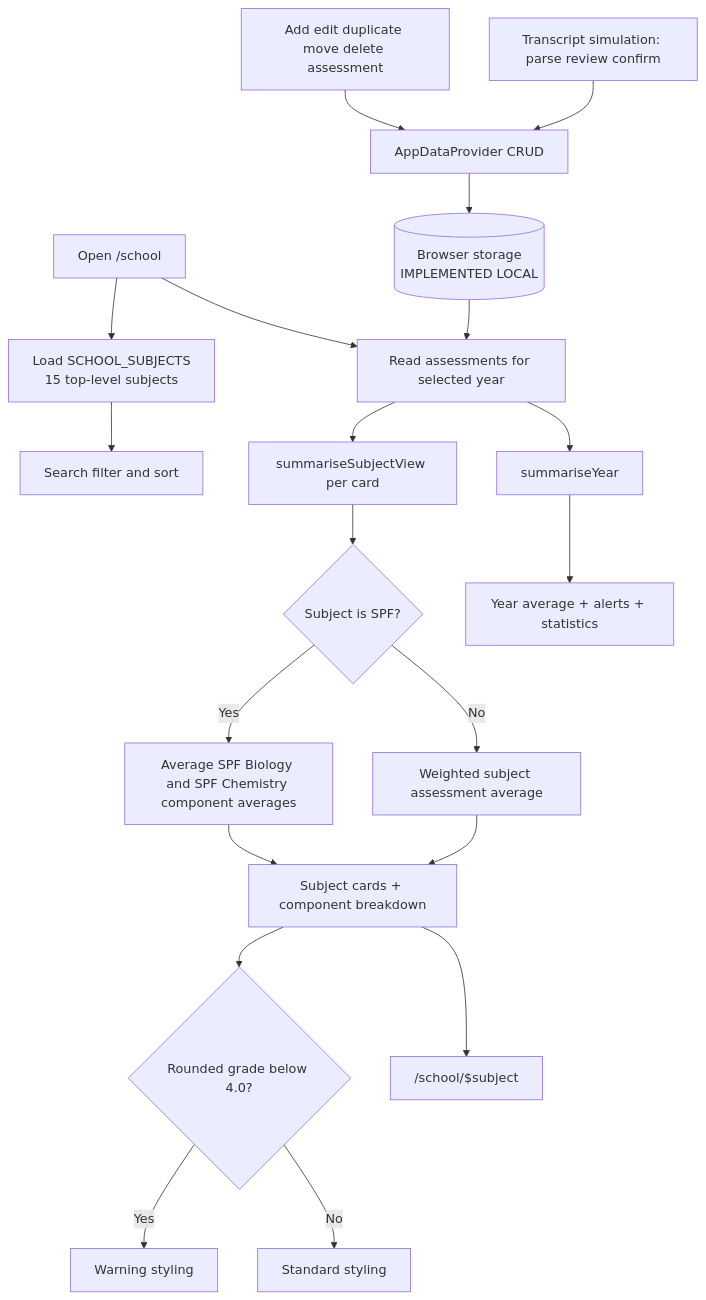
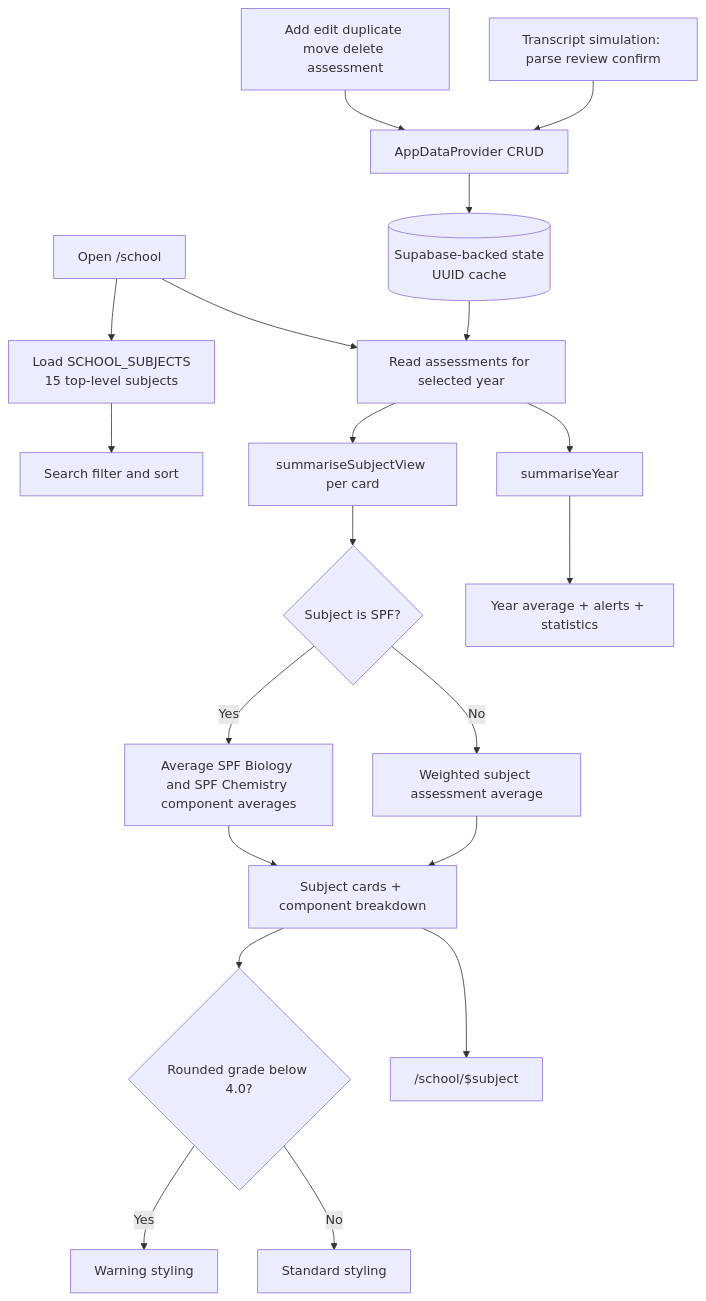
Before and after one commit to keyshavmor/study-swiss-star: the seventh of 15 diagrams in lovabledocs/FULL_APP_WIREFRAMES.md, drawn with Mermaid. The commit also changed other lines of this file and 118 other files, not shown here.

````diff
--- a/lovabledocs/FULL_APP_WIREFRAMES.md
+++ b/lovabledocs/FULL_APP_WIREFRAMES.md
@@ -212,22 +213,22 @@
 ```mermaid
 flowchart TD
   Open[Open /school] --> Subjects[Load SCHOOL_SUBJECTS\n15 top-level subjects]
   Open --> Data[Read assessments for selected year]
   Subjects --> Filter[Search filter and sort]
   Data --> SubjectCalc[summariseSubjectView per card]
   Data --> YearCalc[summariseYear]
   SubjectCalc --> SPF{Subject is SPF?}
   SPF -->|Yes| Combine[Average SPF Biology and SPF Chemistry component averages]
   SPF -->|No| Single[Weighted subject assessment average]
   Combine --> Cards[Subject cards + component breakdown]
   Single --> Cards
   YearCalc --> Overview[Year average + alerts + statistics]
   Cards --> Failing{Rounded grade below 4.0?}
   Failing -->|Yes| Orange[Warning styling]
   Failing -->|No| Normal[Standard styling]
   Cards --> Subject["/school/$subject"]
   Add[Add edit duplicate move delete assessment] --> AppData[AppDataProvider CRUD]
   Import[Transcript simulation: parse review confirm] --> AppData
-  AppData --> Store[(Browser storage\nIMPLEMENTED LOCAL)]
+  AppData --> Store[(Supabase-backed state\nUUID cache)]
   Store --> Data
 ```
````
